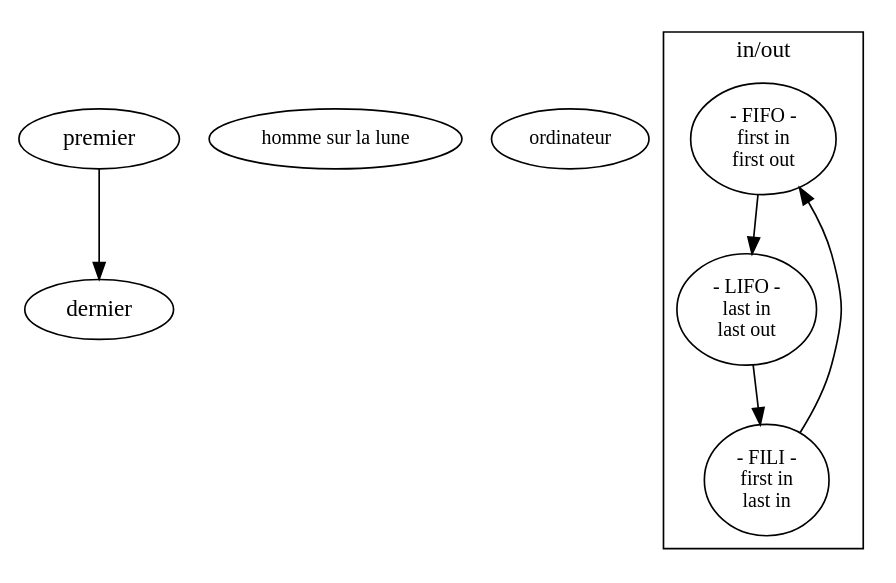
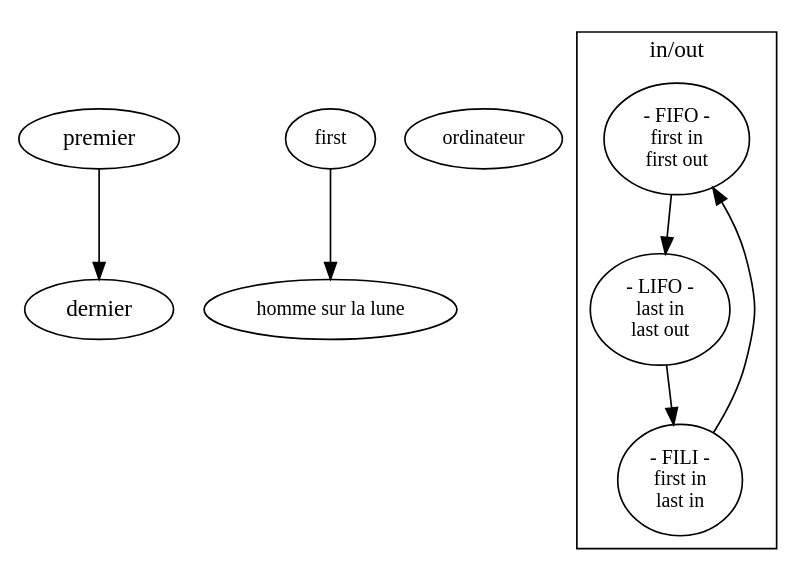
The diagram in sujet.dot (ensad-nancy/first-last), drawn with Graphviz before and after one commit.

Commit message:
+	first -> "homme sur la lune"

```diff
--- a/sujet.dot
+++ b/sujet.dot
@@ -1,25 +1,25 @@
 digraph {
 
 	premier -> dernier
 	fontname="myriadpro"
 	fontsize = 14
 	
 	node [fontname="myriadpro", fontsize = 12]
 	edge [fontname="monaco", fontsize = 10]
 
-	"homme sur la lune"
+	first -> "homme sur la lune"
 	"ordinateur"
 	
 
 	subgraph cluster_FO{
 	
 		label="in/out"
 		
 		FIFO [label="- FIFO -\nfirst in\nfirst out"]
 		LIFO [label="- LIFO -\nlast in\nlast out"]
 		FILI [label="- FILI -\nfirst in\n last in"]
 
 		FILI -> FIFO -> LIFO -> FILI
 	}
 	
 }
```
